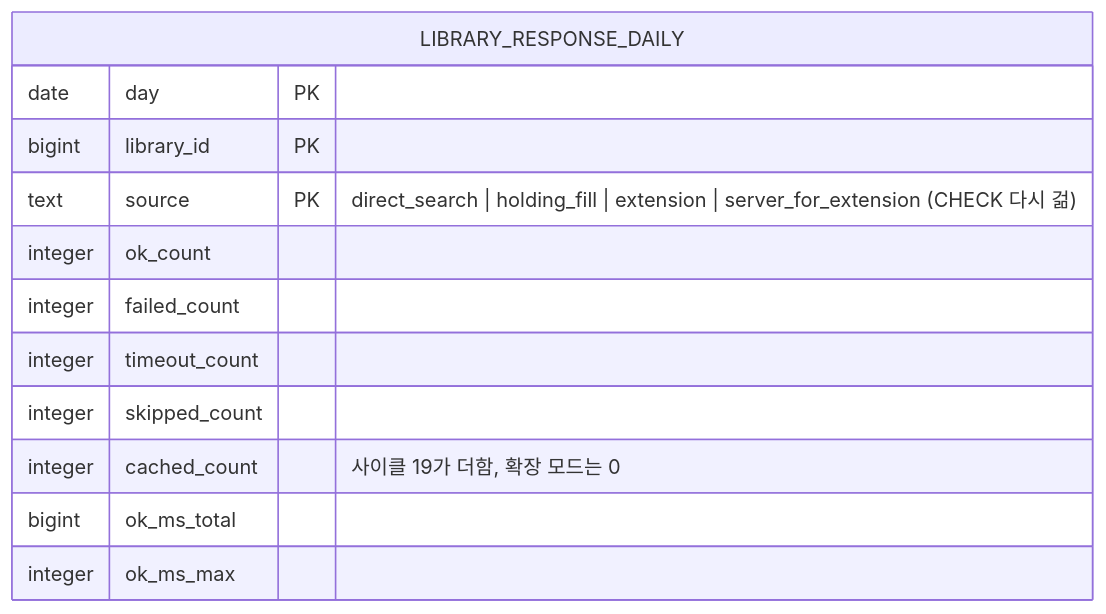
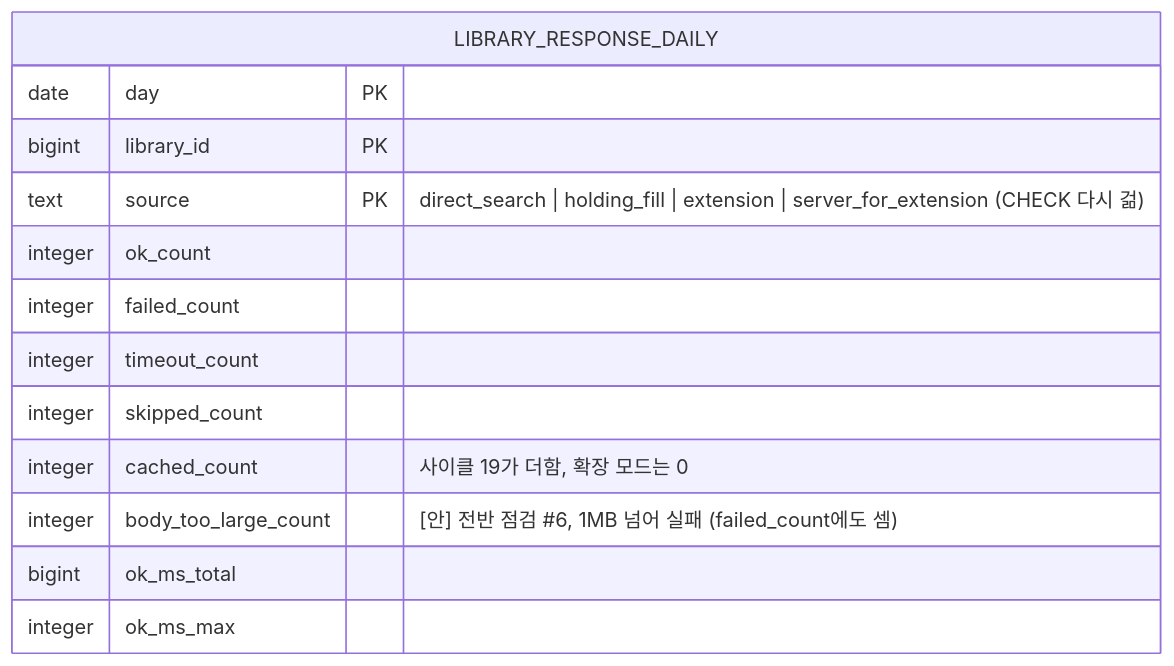
Before and after one commit to hodu-sketch/chaekcheck-plan: the sixth of 6 diagrams in docs/cycles/20-lookup-status-and-extension/design-delta.md, drawn with Mermaid. The commit also changed other lines of this file and 7 other files, not shown here.

````diff
--- a/docs/cycles/20-lookup-status-and-extension/design-delta.md
+++ b/docs/cycles/20-lookup-status-and-extension/design-delta.md
@@ -226,15 +262,16 @@
 ```mermaid
 erDiagram
   LIBRARY_RESPONSE_DAILY {
     date day PK
     bigint library_id PK
     text source PK "direct_search | holding_fill | extension | server_for_extension (CHECK 다시 걺)"
     integer ok_count
     integer failed_count
     integer timeout_count
     integer skipped_count
     integer cached_count "사이클 19가 더함, 확장 모드는 0"
+    integer body_too_large_count "[안] 전반 점검 #6, 1MB 넘어 실패 (failed_count에도 셈)"
     bigint ok_ms_total
     integer ok_ms_max
   }
 ```
````
